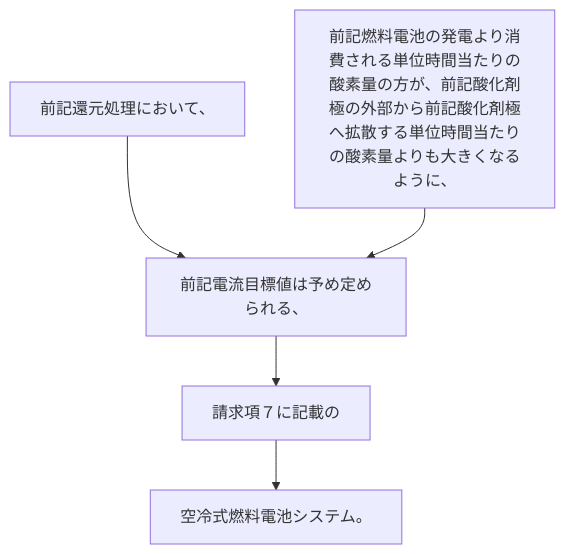
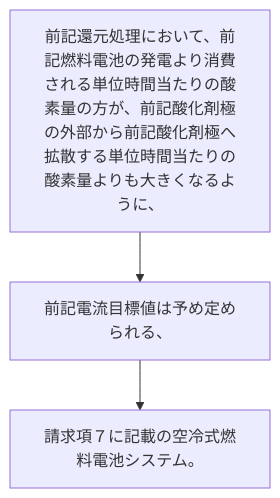
One commit to shinmori55/patent_analyzed changed the diagram in 2024/JP2024017767A/claim_8/README.md. Above: the diagram before and after it, drawn with Mermaid. The commit also changed 336 other files, not shown here.

````diff
--- a/2024/JP2024017767A/claim_8/README.md
+++ b/2024/JP2024017767A/claim_8/README.md
@@ -2,13 +2,8 @@
 ```mermaid
 flowchart TD
-A[前記還元処理において、]
-B[前記燃料電池の発電より消費される単位時間当たりの酸素量の方が、前記酸化剤極の外部から前記酸化剤極へ拡散する単位時間当たりの酸素量よりも大きくなるように、]
-C[前記電流目標値は予め定められる、]
-D[請求項７に記載の]
-E[空冷式燃料電池システム。]
-
-A --> C
+A[前記還元処理において、前記燃料電池の発電より消費される単位時間当たりの酸素量の方が、前記酸化剤極の外部から前記酸化剤極へ拡散する単位時間当たりの酸素量よりも大きくなるように、]
+B[前記電流目標値は予め定められる、]
+C[請求項７に記載の空冷式燃料電池システム。]
+A --> B
 B --> C
-C --> D
-D --> E
 ```
````
